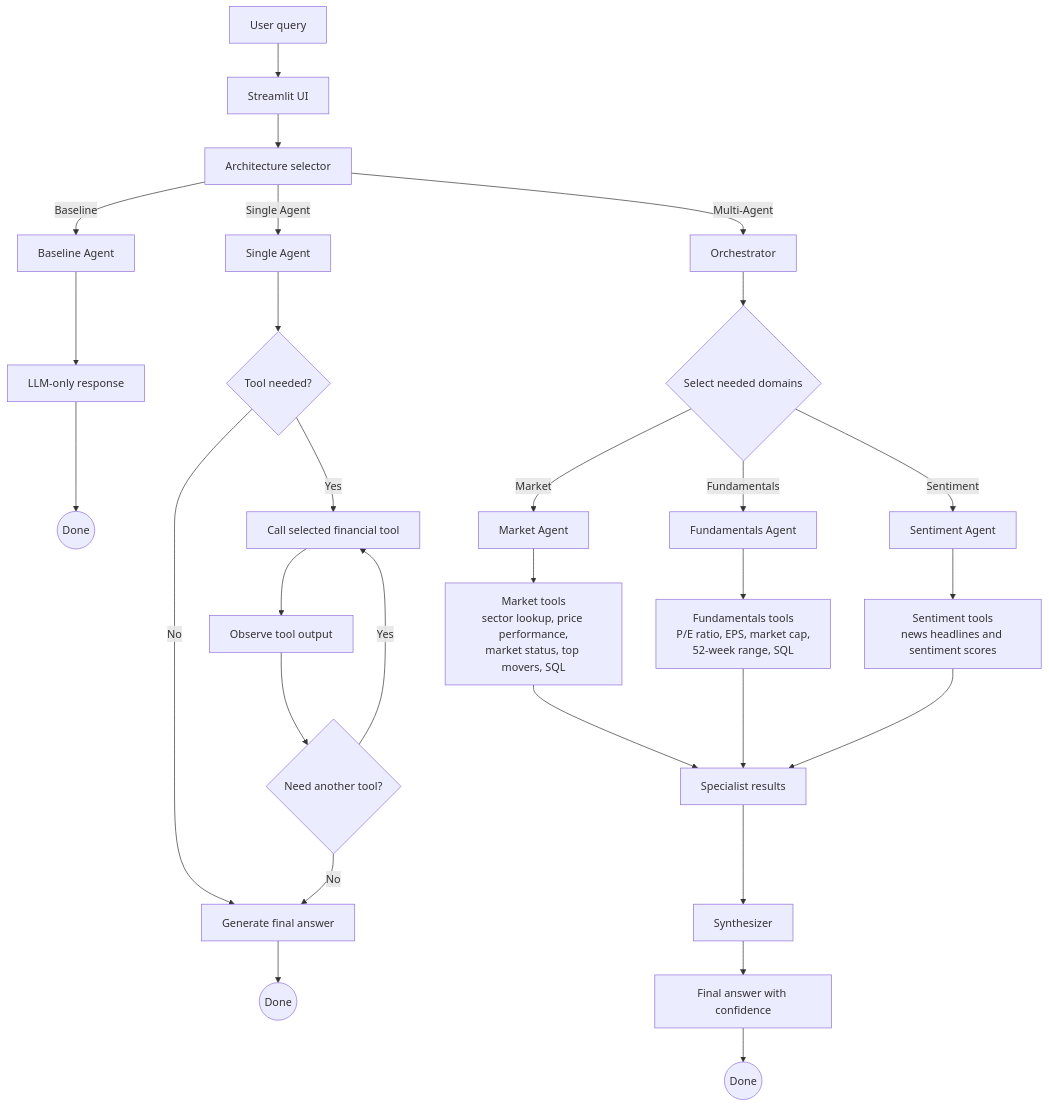
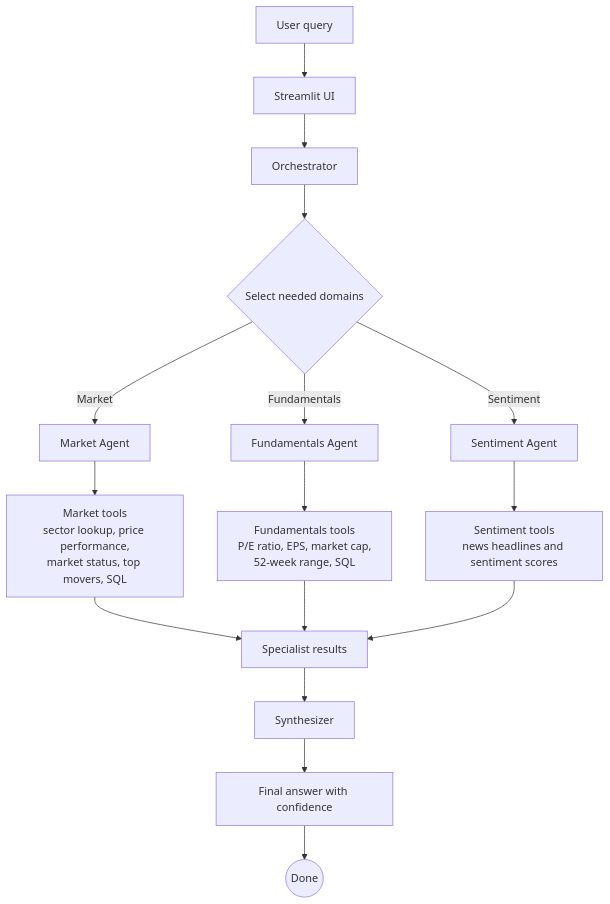
Before and after one commit to joez0915/Agentic-Financial-Market-QA-App: the third of 3 diagrams in README.md, drawn with Mermaid. The commit also changed other lines of this file, not shown here.

Commit message:
docs: split workflow logic into three separate flowcharts

````diff
--- a/README.md
+++ b/README.md
@@ -51,41 +76,22 @@
 ```mermaid
 flowchart TD
     A[User query] --> B[Streamlit UI]
-    B --> C[Architecture selector]
+    B --> C[Orchestrator]
     
-    C -->|Baseline| D[Baseline Agent]
-    C -->|Single Agent| E[Single Agent]
-    C -->|Multi-Agent| F[Orchestrator]
+    C --> D{Select needed domains}
+    D -->|Market| E[Market Agent]
+    D -->|Fundamentals| F[Fundamentals Agent]
+    D -->|Sentiment| G[Sentiment Agent]
     
-    %% Baseline Path
-    D --> D1[LLM-only response]
-    D1 --> D2((Done))
+    E --> H["Market tools<br>sector lookup, price performance,<br>market status, top movers, SQL"]
+    F --> I["Fundamentals tools<br>P/E ratio, EPS, market cap,<br>52-week range, SQL"]
+    G --> J["Sentiment tools<br>news headlines and sentiment scores"]
     
-    %% Single Agent Path
-    E --> E1{Tool needed?}
-    E1 -->|Yes| E2[Call selected financial tool]
-    E1 -->|No| E5[Generate final answer]
-    E2 --> E3[Observe tool output]
-    E3 --> E4{Need another tool?}
-    E4 -->|Yes| E2
-    E4 -->|No| E5
-    E5 --> E6((Done))
+    H --> K[Specialist results]
+    I --> K
+    J --> K
     
-    %% Multi-Agent Path
-    F --> F1{Select needed domains}
-    F1 -->|Market| F2[Market Agent]
-    F1 -->|Fundamentals| F3[Fundamentals Agent]
-    F1 -->|Sentiment| F4[Sentiment Agent]
-    
-    F2 --> F5["Market tools<br>sector lookup, price performance,<br>market status, top movers, SQL"]
-    F3 --> F6["Fundamentals tools<br>P/E ratio, EPS, market cap,<br>52-week range, SQL"]
-    F4 --> F7["Sentiment tools<br>news headlines and sentiment scores"]
-    
-    F5 --> F8[Specialist results]
-    F6 --> F8
-    F7 --> F8
-    
-    F8 --> F9[Synthesizer]
-    F9 --> F10[Final answer with confidence]
-    F10 --> F11((Done))
+    K --> L[Synthesizer]
+    L --> M[Final answer with confidence]
+    M --> N((Done))
 ```
````
